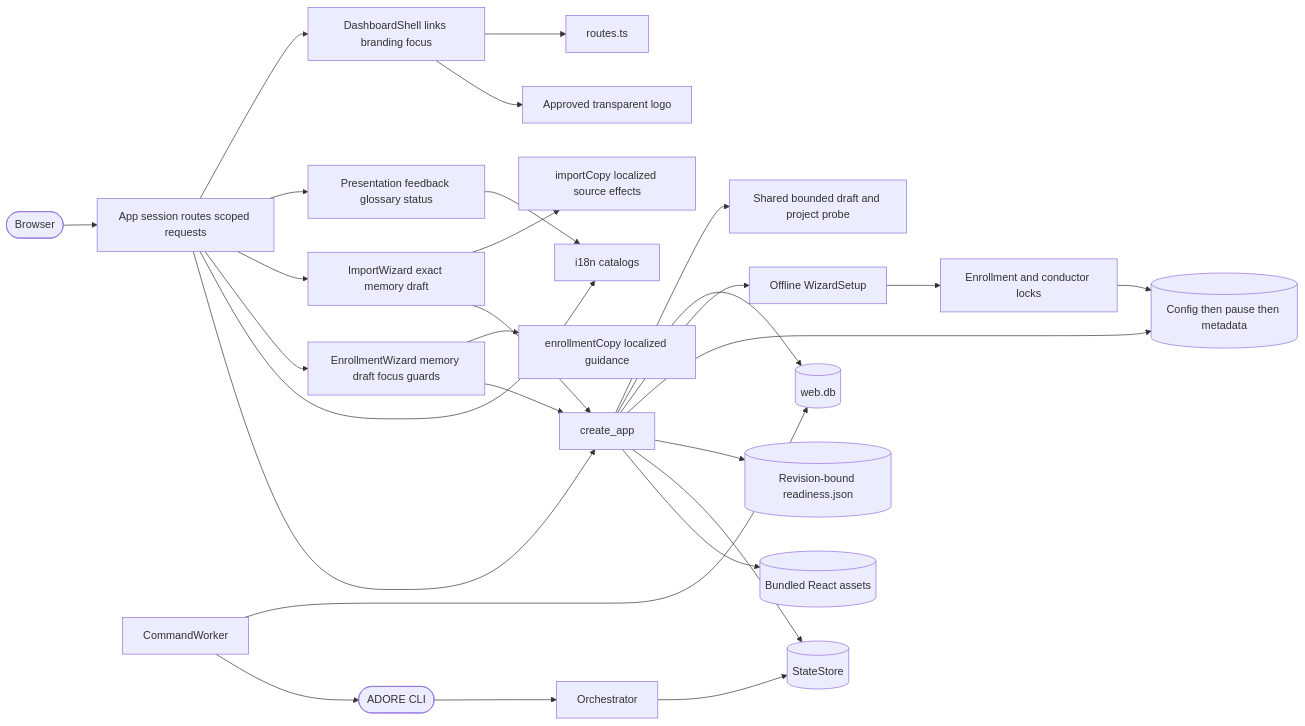
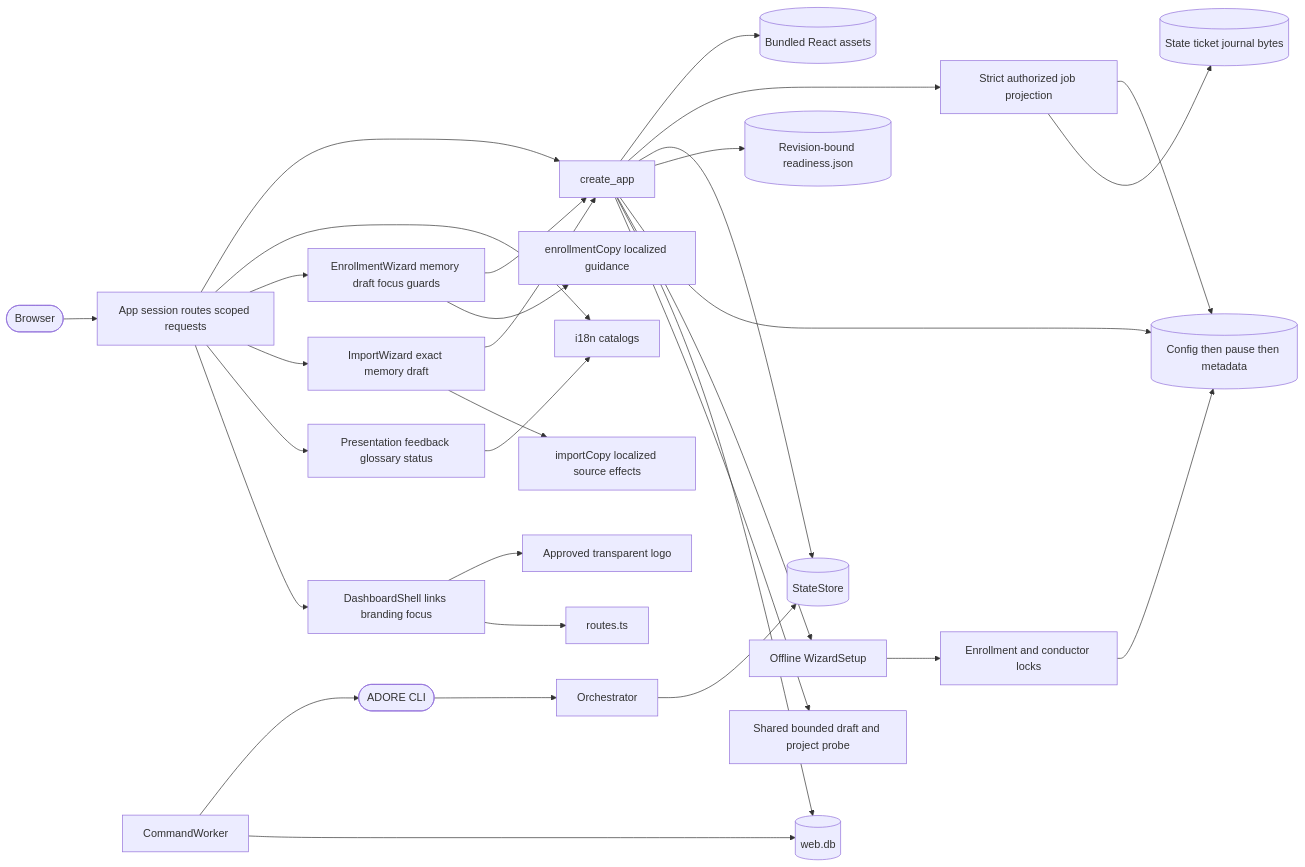
The diagram in .agentic/knowledge/web-interface.md (DDP-Engineering/AgenticDeliveryOrchestratorRuntimeEngine), drawn with Mermaid before and after one commit. The commit also changed other lines of this file and 24 other files, not shown here.

First line of the commit message:
feat(web): expose authorized global job evidence (#11)

````diff
--- a/.agentic/knowledge/web-interface.md
+++ b/.agentic/knowledge/web-interface.md
@@ -310,30 +330,33 @@
 ```mermaid
 flowchart LR
     browser([Browser]) --> App[App session routes scoped requests]
     App --> DashboardShell[DashboardShell links branding focus]
     App --> Presentation[Presentation feedback glossary status]
     App --> ImportWizard[ImportWizard exact memory draft]
     ImportWizard --> importCopy[importCopy localized source effects]
     ImportWizard --> api
     App --> EnrollmentWizard[EnrollmentWizard memory draft focus guards]
     EnrollmentWizard --> enrollmentCopy[enrollmentCopy localized guidance]
     EnrollmentWizard --> api
     api --> draftProbe[Shared bounded draft and project probe]
     DashboardShell --> routes[routes.ts]
     DashboardShell --> logo[Approved transparent logo]
     App --> i18n[i18n catalogs]
     Presentation --> i18n
     App --> api[create_app]
     api --> identity[(web.db)]
     api --> preparation[Offline WizardSetup]
     preparation --> publication[Enrollment and conductor locks]
     publication --> profiles[(Config then pause then metadata)]
     api --> profiles
     api --> verification[(Revision-bound readiness.json)]
     api --> state[(StateStore)]
+    api --> jobs[Strict authorized job projection]
+    jobs --> sources[(State ticket journal bytes)]
+    jobs --> profiles
     api --> assets[(Bundled React assets)]
     worker[CommandWorker] --> identity
     worker --> cli([ADORE CLI])
     cli --> conductor[Orchestrator]
     conductor --> state
 ```
````
